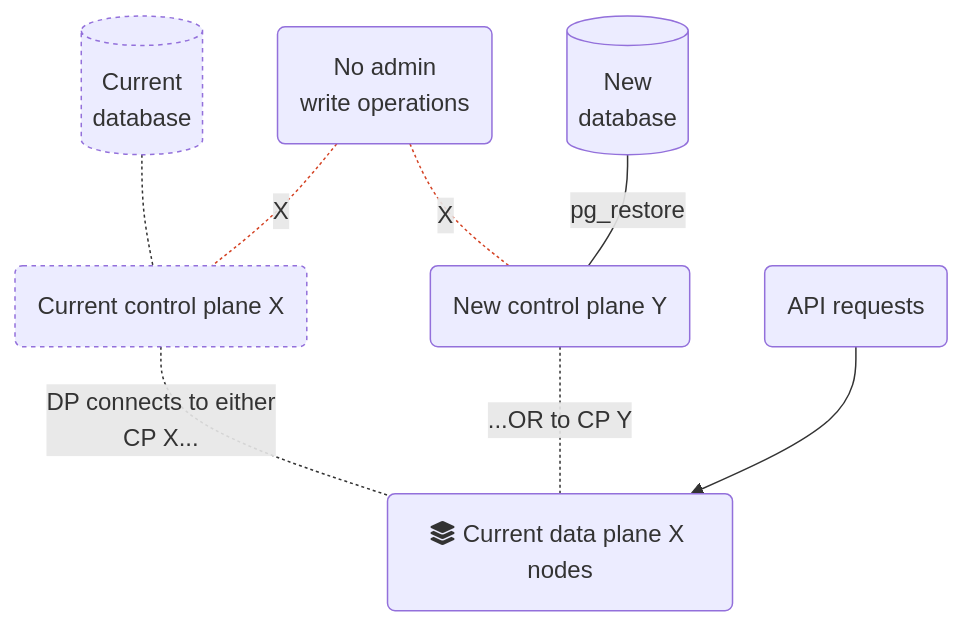
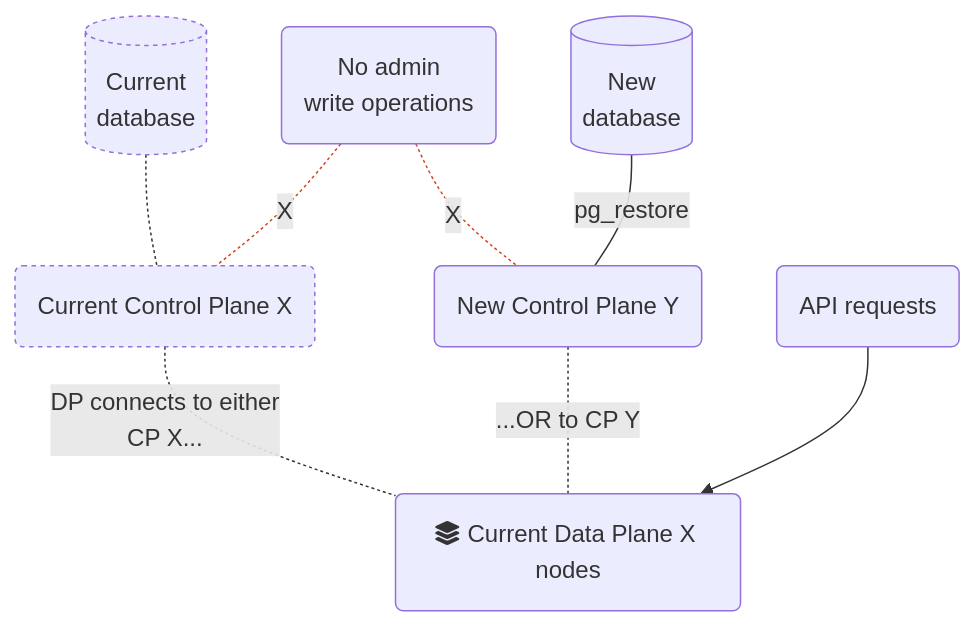
One commit to Kong/developer.konghq.com changed the first of 4 diagrams in app/_includes/upgrade/hybrid.md. Above: the diagram before and after it, drawn with Mermaid. The commit also changed other lines of this file and 7 other files, not shown here.

```diff
--- a/app/_includes/upgrade/hybrid.md
+++ b/app/_includes/upgrade/hybrid.md
@@ -31,24 +32,24 @@
 {% mermaid %}
 flowchart TD
     DBA[(Current
     database)]
     DBB[(New 
     database)]
-    CPX(Current control plane X)
+    CPX(Current Control Plane X)
     Admin(No admin 
     write operations)
-    CPY(New control plane Y)
-    DPX(fa:fa-layer-group Current data plane X nodes)
+    CPY(New Control Plane Y)
+    DPX(fa:fa-layer-group Current Data Plane X nodes)
     API(API requests)
 
     DBA -.- CPX -."DP connects to either \nCP X...".- DPX
     Admin -.X.- CPX & CPY
     DBB --pg_restore--- CPY -."...OR to CP Y".- DPX
     API--> DPX
 
     style API stroke:none!important,fill:none!important
     style DBA stroke-dasharray:3
     style CPX stroke-dasharray:3
     style Admin fill:none!important,stroke:none!important,color:#d44324!important
     linkStyle 2,3 stroke:#d44324!important,color:#d44324!important
 {% endmermaid %}
```
